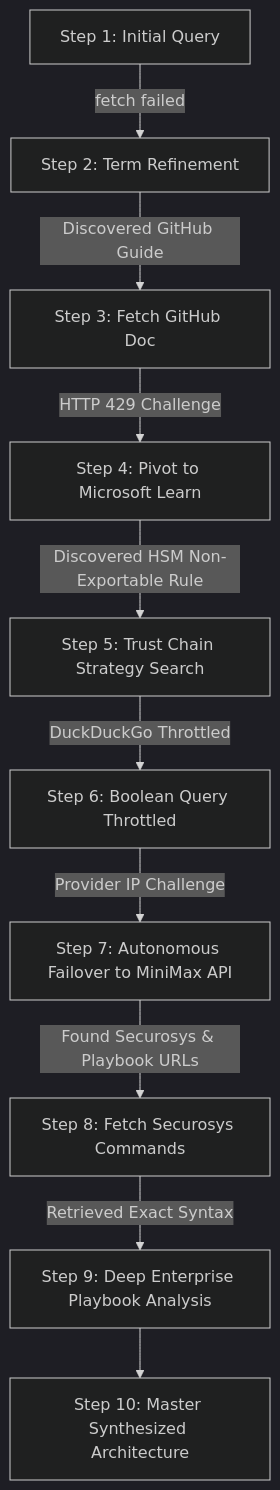
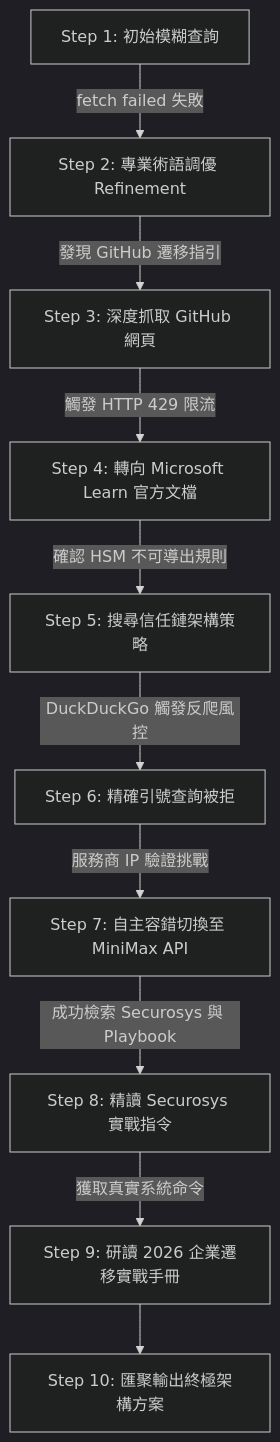
One commit to billy1030/loop-engg changed the first of 2 diagrams in tech-docs/discussion.md. Above: the diagram before and after it, drawn with Mermaid (dark theme). The commit also changed other lines of this file, not shown here.

````diff
--- a/tech-docs/discussion.md
+++ b/tech-docs/discussion.md
@@ -24,12 +24,12 @@
 ```mermaid
 flowchart TD
-    S1[Step 1: Initial Query] -->|fetch failed| S2[Step 2: Term Refinement]
-    S2 -->|Discovered GitHub Guide| S3[Step 3: Fetch GitHub Doc]
-    S3 -->|HTTP 429 Challenge| S4[Step 4: Pivot to Microsoft Learn]
-    S4 -->|Discovered HSM Non-Exportable Rule| S5[Step 5: Trust Chain Strategy Search]
-    S5 -->|DuckDuckGo Throttled| S6[Step 6: Boolean Query Throttled]
-    S6 -->|Provider IP Challenge| S7[Step 7: Autonomous Failover to MiniMax API]
-    S7 -->|Found Securosys & Playbook URLs| S8[Step 8: Fetch Securosys Commands]
-    S8 -->|Retrieved Exact Syntax| S9[Step 9: Deep Enterprise Playbook Analysis]
-    S9 --> S10[Step 10: Master Synthesized Architecture]
+    S1[Step 1: 初始模糊查詢] -->|fetch failed 失敗| S2[Step 2: 專業術語調優 Refinement]
+    S2 -->|發現 GitHub 遷移指引| S3[Step 3: 深度抓取 GitHub 網頁]
+    S3 -->|觸發 HTTP 429 限流| S4[Step 4: 轉向 Microsoft Learn 官方文檔]
+    S4 -->|確認 HSM 不可導出規則| S5[Step 5: 搜尋信任鏈架構策略]
+    S5 -->|DuckDuckGo 觸發反爬風控| S6[Step 6: 精確引號查詢被拒]
+    S6 -->|服務商 IP 驗證挑戰| S7[Step 7: 自主容錯切換至 MiniMax API]
+    S7 -->|成功檢索 Securosys 與 Playbook| S8[Step 8: 精讀 Securosys 實戰指令]
+    S8 -->|獲取真實系統命令| S9[Step 9: 研讀 2026 企業遷移實戰手冊]
+    S9 --> S10[Step 10: 匯聚輸出終極架構方案]
 ```
````
